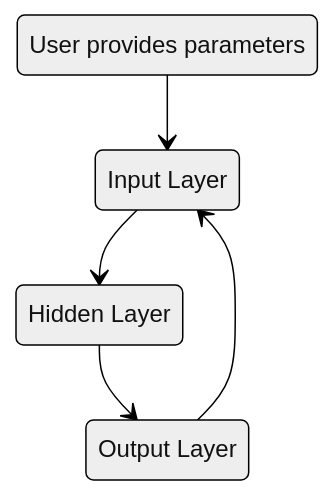
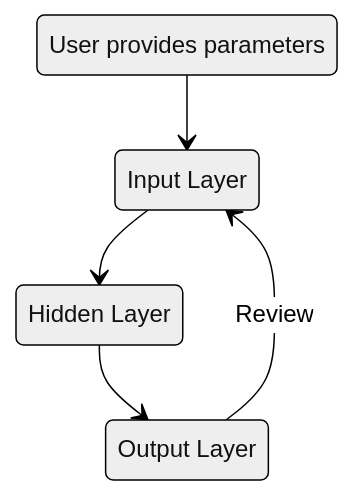
Before and after one commit to Photon1c/cheddarbutler_v3_goldenpotato: the diagram in README.md, drawn with Mermaid (neutral theme).

````diff
--- a/README.md
+++ b/README.md
@@ -9,12 +9,12 @@
 ```mermaid
 stateDiagram-v2
 state "User provides parameters" as [*]
 state "Input Layer" as Input
 state "Hidden Layer" as Hidden
 state "Output Layer" as Output
 [*] --> Input
 Input --> Hidden
 Hidden --> Output
-Output --> Input
+Output --> Input: Review
 
 ```
````
